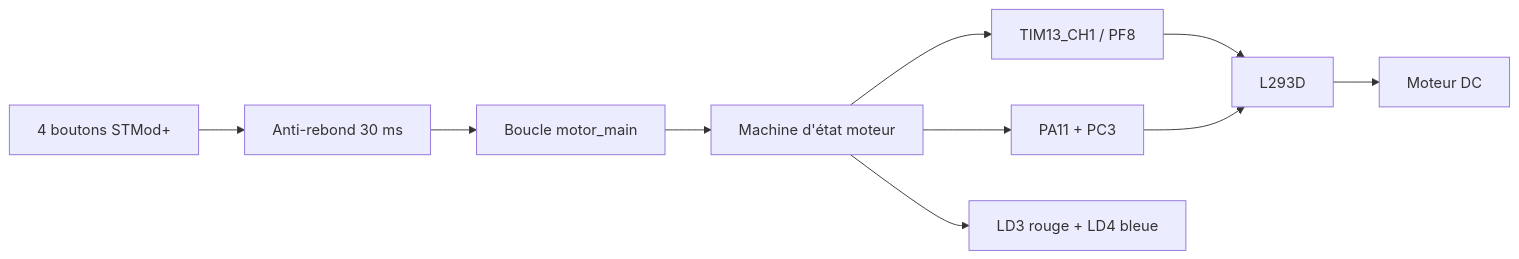
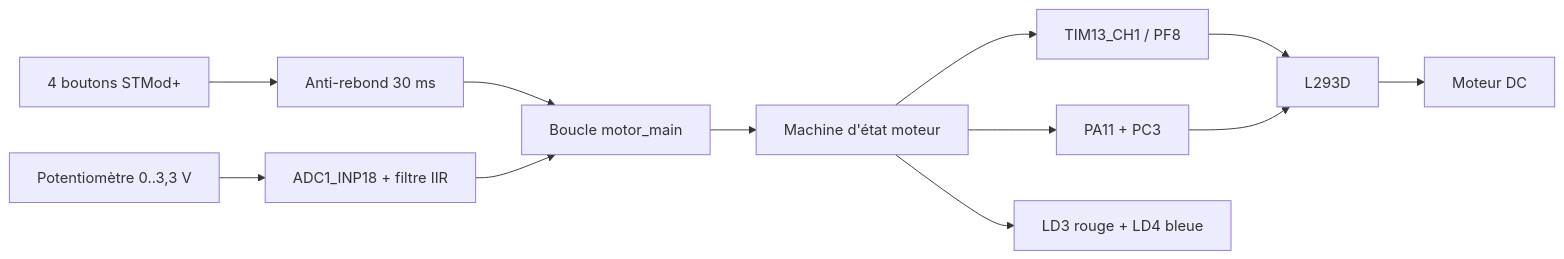
The first of 2 diagrams in app_m4/src/DES04_MotorControl.md (BehloulAmine/industrial-ethernet), drawn with Mermaid before and after one commit. The commit also changed other lines of this file and 11 other files, not shown here.

````diff
--- a/app_m4/src/DES04_MotorControl.md
+++ b/app_m4/src/DES04_MotorControl.md
@@ -8,12 +8,14 @@
 ```mermaid
 flowchart LR
     B["4 boutons STMod+"] --> DB["Anti-rebond 30 ms"]
+    P["Potentiomètre 0..3,3 V"] --> ADC["ADC1_INP18 + filtre IIR"]
     DB --> LOOP["Boucle motor_main"]
+    ADC --> LOOP
     LOOP --> SM["Machine d'état moteur"]
     SM --> PWM["TIM13_CH1 / PF8"]
     SM --> DIR["PA11 + PC3"]
     PWM --> L293D["L293D"]
     DIR --> L293D
     L293D --> M["Moteur DC"]
     SM --> LED["LD3 rouge + LD4 bleue"]
 ```
````
